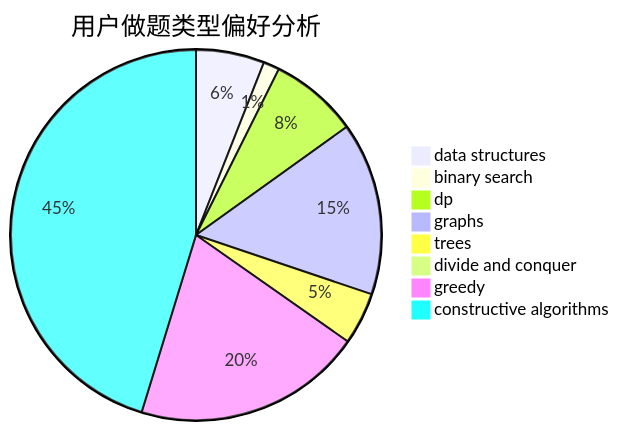
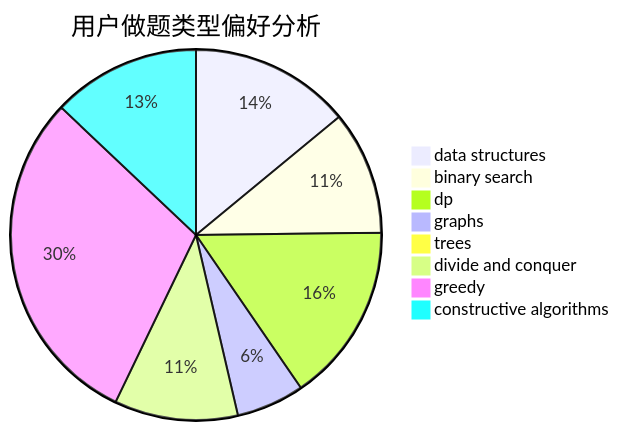
The second of 3 diagrams in docs/user/u1596.md (sherpahu/cfrs.github.io), drawn with Mermaid before and after one commit. The commit also changed other lines of this file and 2770 other files, not shown here.

````diff
--- a/docs/user/u1596.md
+++ b/docs/user/u1596.md
@@ -23,11 +23,11 @@
 ```mermaid
 pie title 用户做题类型偏好分析
-    "data structures" :  17
-    "binary search" :  4
-    "dp" :  22
-    "graphs" :  43
-    "trees" :  13
-    "divide and conquer" :  0
-    "greedy" :  57
-    "constructive algorithms" :  129
+    "data structures" :  52
+    "binary search" :  40
+    "dp" :  58
+    "graphs" :  22
+    "trees" :  3
+    "divide and conquer" :  40
+    "greedy" :  111
+    "constructive algorithms" :  48
 ```
````
